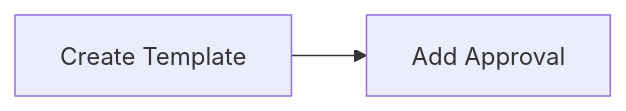
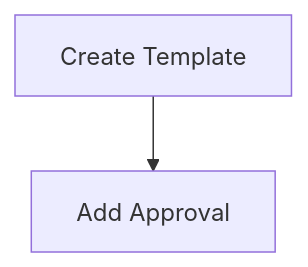
The ninth of 12 diagrams in CLAUDE.md (tallyfy/documentation), drawn with Mermaid before and after one commit. The commit also changed other lines of this file and 13 other files, not shown here.

First line of the commit message:
Remove style directives from Mermaid diagrams across documentation

````diff
--- a/CLAUDE.md
+++ b/CLAUDE.md
@@ -1267,7 +1267,7 @@
 ```mermaid
-flowchart LR
+flowchart TD
   A[Create Template] --> B[Add Approval]
   click A "/products/pro/documenting/templates/" "Templates overview"
   click B "/products/pro/documenting/templates/automations/" "Automation rules"
   click A "#template-section" "Jump to template section on this page"
 ```
````
